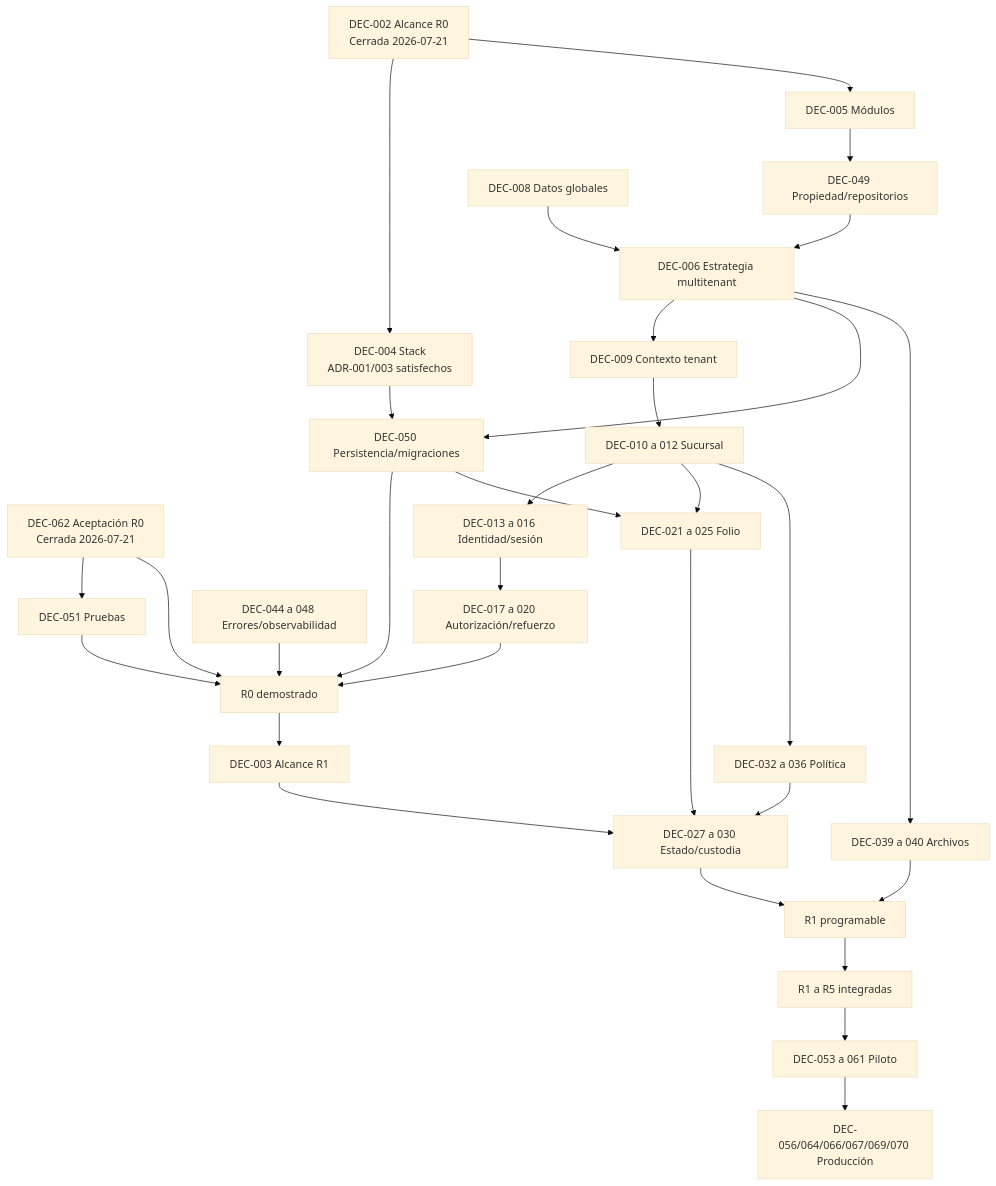
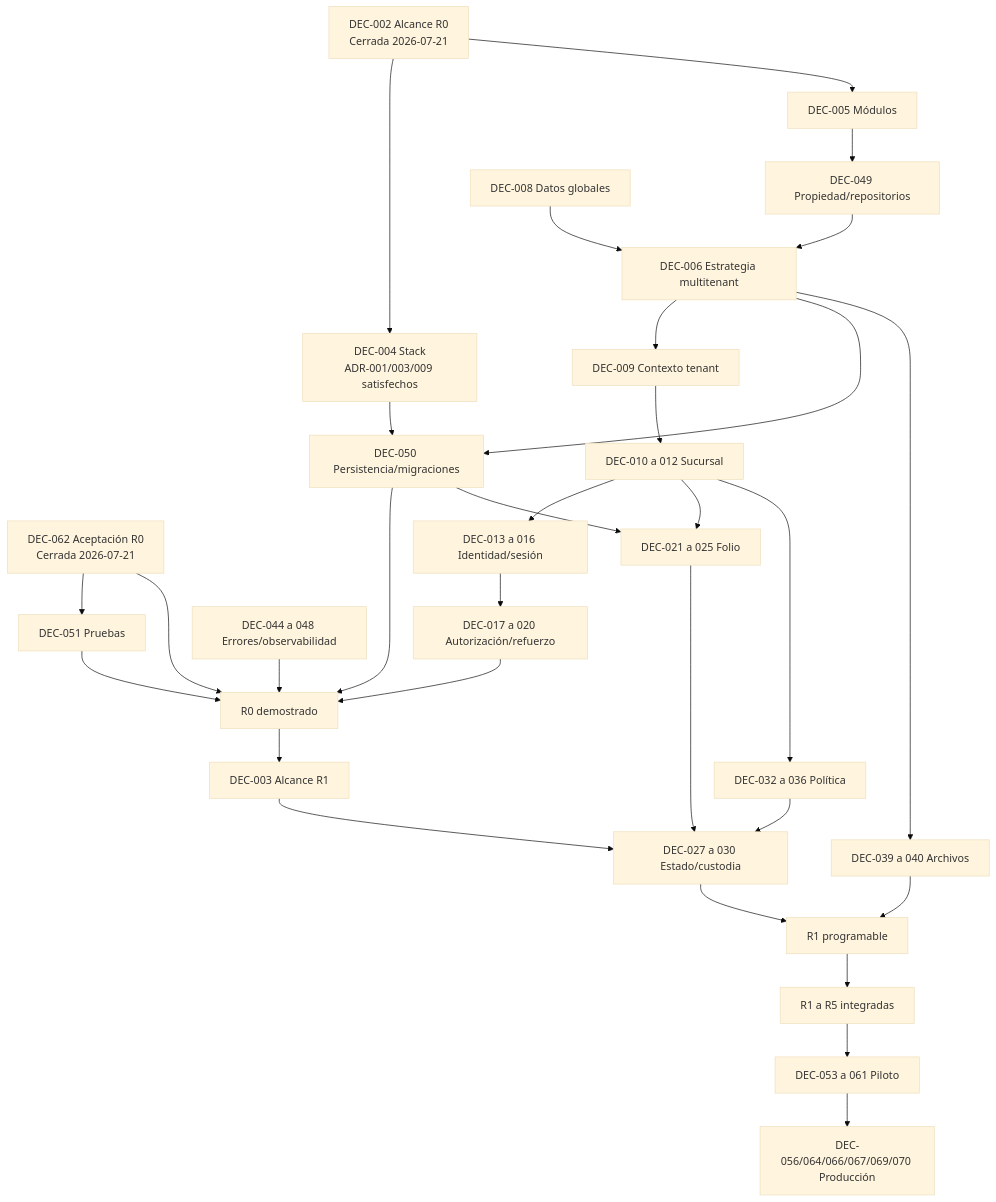
The diagram in docs/architecture-readiness/blocker-closure/DEPENDENCIAS_ENTRE_DECISIONES.md (luisgtzaviles/SrTaller-2.0), drawn with Mermaid (base theme) before and after one commit. The commit also changed other lines of this file and 35 other files, not shown here.

````diff
--- a/docs/architecture-readiness/blocker-closure/DEPENDENCIAS_ENTRE_DECISIONES.md
+++ b/docs/architecture-readiness/blocker-closure/DEPENDENCIAS_ENTRE_DECISIONES.md
@@ -5,37 +5,37 @@
 ```mermaid
 flowchart TD
-    SCOPE[DEC-002 Alcance R0<br/>Cerrada 2026-07-21] --> STACK[DEC-004 Stack<br/>ADR-001/003 satisfechos]
+    SCOPE[DEC-002 Alcance R0<br/>Cerrada 2026-07-21] --> STACK[DEC-004 Stack<br/>ADR-001/003/009 satisfechos]
     SCOPE --> MODULES[DEC-005 Módulos]
     ACCEPT[DEC-062 Aceptación R0<br/>Cerrada 2026-07-21] --> TEST[DEC-051 Pruebas]
     ACCEPT --> R0
     STACK --> DATA[DEC-050 Persistencia/migraciones]
     MODULES --> OWN[DEC-049 Propiedad/repositorios]
 
     GLOBAL[DEC-008 Datos globales] --> MT[DEC-006 Estrategia multitenant]
     OWN --> MT
     MT --> TC[DEC-009 Contexto tenant]
     TC --> BR[DEC-010 a 012 Sucursal]
     BR --> ID[DEC-013 a 016 Identidad/sesión]
     ID --> AUTH[DEC-017 a 020 Autorización/refuerzo]
     MT --> DATA
 
     TEST[DEC-051 Pruebas] --> R0[R0 demostrado]
     AUTH --> R0
     DATA --> R0
     OBS[DEC-044 a 048 Errores/observabilidad] --> R0
 
     R0 --> R1S[DEC-003 Alcance R1]
     BR --> FOLIO[DEC-021 a 025 Folio]
     DATA --> FOLIO
     R1S --> CUST[DEC-027 a 030 Estado/custodia]
     FOLIO --> CUST
     BR --> POLICY[DEC-032 a 036 Política]
     POLICY --> CUST
     MT --> FILES[DEC-039 a 040 Archivos]
     CUST --> R1[R1 programable]
     FILES --> R1
 
     R1 --> MVP[R1 a R5 integradas]
     MVP --> PILOT[DEC-053 a 061 Piloto]
     PILOT --> PROD[DEC-056/064/066/067/069/070 Producción]
 ```
````
